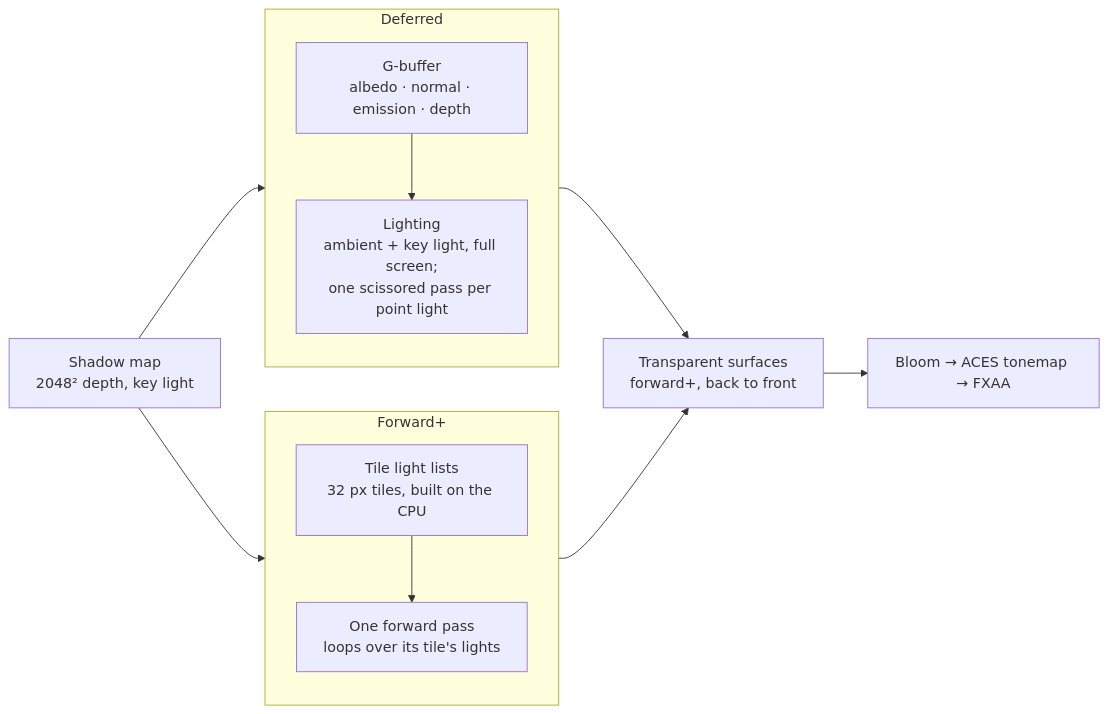
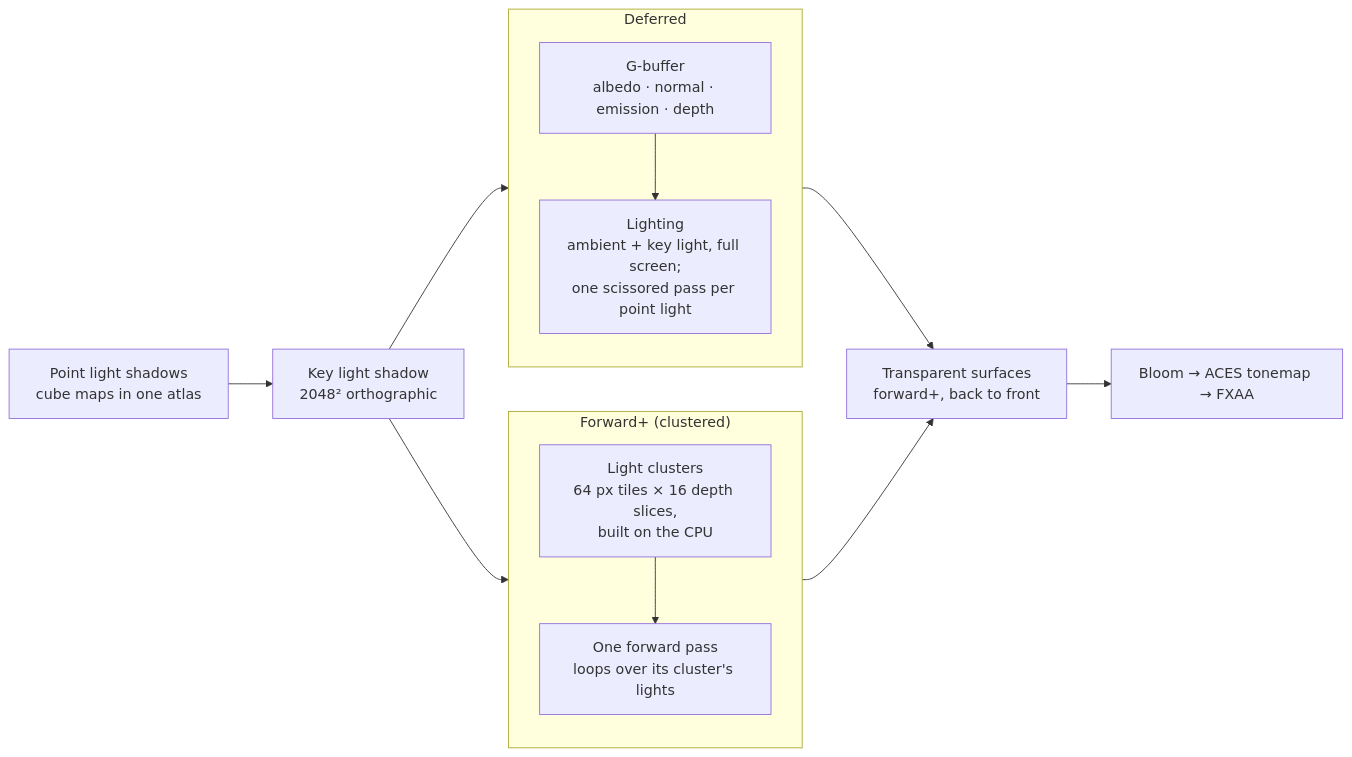
One commit to rstanic12/kmp-gl-renderer changed the first of 2 diagrams in README.md. Above: the diagram before and after it, drawn with Mermaid. The commit also changed other lines of this file and 5 other files, not shown here.

Commit message:
README: rendering features, screenshots from Android and the iOS simulator, point shadows on/off

````diff
--- a/README.md
+++ b/README.md
@@ -26,18 +32,19 @@
 ```mermaid
 flowchart LR
-    shadow["Shadow map<br/>2048² depth, key light"]
+    pshadow["Point light shadows<br/>cube maps in one atlas"]
+    shadow["Key light shadow<br/>2048² orthographic"]
     subgraph deferred["Deferred"]
         gbuf["G-buffer<br/>albedo · normal · emission · depth"]
         light["Lighting<br/>ambient + key light, full screen;<br/>one scissored pass per point light"]
         gbuf --> light
     end
-    subgraph forward["Forward+"]
-        tiles["Tile light lists<br/>32 px tiles, built on the CPU"]
-        fwd["One forward pass<br/>loops over its tile's lights"]
-        tiles --> fwd
+    subgraph forward["Forward+ (clustered)"]
+        clusters["Light clusters<br/>64 px tiles × 16 depth slices,<br/>built on the CPU"]
+        fwd["One forward pass<br/>loops over its cluster's lights"]
+        clusters --> fwd
     end
     trans["Transparent surfaces<br/>forward+, back to front"]
     post["Bloom → ACES tonemap → FXAA"]
-    shadow --> deferred & forward
+    pshadow --> shadow --> deferred & forward
     deferred & forward --> trans --> post
 ```
````
